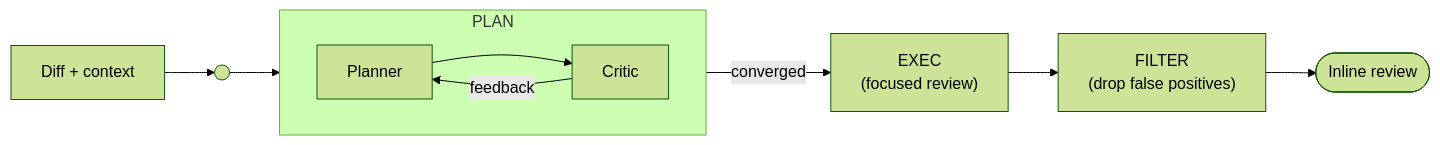
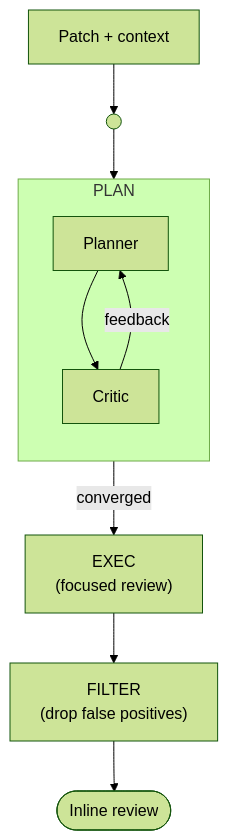
Before and after one commit to qualcomm/PatchWise: the first of 2 diagrams in README.md, drawn with Mermaid (forest theme). The commit also changed other lines of this file, not shown here.

````diff
--- a/README.md
+++ b/README.md
@@ -117,15 +124,15 @@
 ```mermaid
-flowchart LR
-    A["Diff + context"] --> B
+flowchart TD
+    A["Patch + context"] --> B
 
     subgraph PLAN["PLAN"]
-        direction LR
+        direction TD
         P["Planner"] --> C["Critic"]
         C -->|feedback| P
     end
 
     B(( )) --> P
     C -->|converged| D["EXEC\n(focused review)"]
     D --> E["FILTER\n(drop false positives)"]
     E --> F(["Inline review"])
 ```
````
